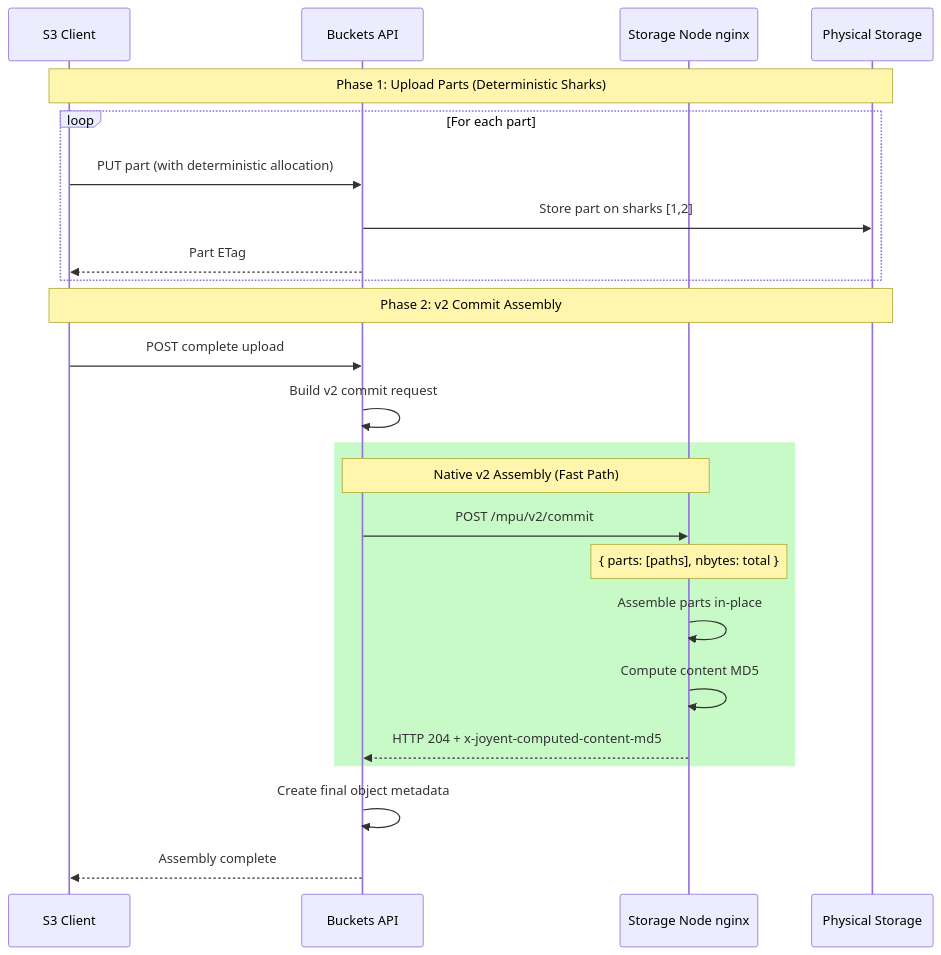
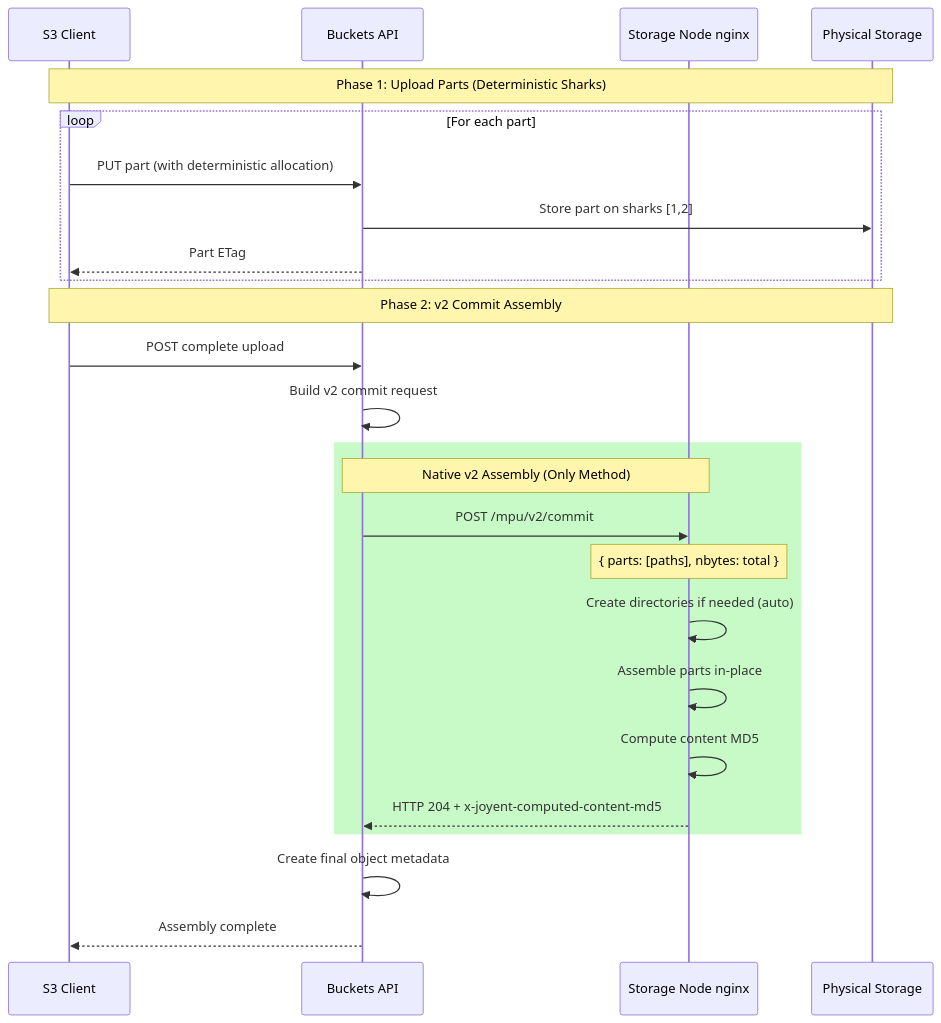
Before and after one commit to TritonDataCenter/manta-buckets-api: the fifth of 8 diagrams in docs/mpu.md, drawn with Mermaid. The commit also changed other lines of this file and 1 other file, not shown here.

Commit message:
only do v2 commit assembly on mpu, remove fallback

````diff
--- a/docs/mpu.md
+++ b/docs/mpu.md
@@ -321,30 +323,31 @@
 ```mermaid
 sequenceDiagram
     participant Client as S3 Client
     participant API as Buckets API
     participant NGINX as Storage Node nginx
     participant STORAGE as Physical Storage
     
     Note over Client,STORAGE: Phase 1: Upload Parts (Deterministic Sharks)
     loop For each part
         Client->>API: PUT part (with deterministic allocation)
         API->>STORAGE: Store part on sharks [1,2]
         API-->>Client: Part ETag
     end
     
     Note over Client,STORAGE: Phase 2: v2 Commit Assembly
     Client->>API: POST complete upload
     API->>API: Build v2 commit request
     
     rect rgb(200,250,200)
-        Note over API,NGINX: Native v2 Assembly (Fast Path)
+        Note over API,NGINX: Native v2 Assembly (Only Method)
         API->>NGINX: POST /mpu/v2/commit
         Note over NGINX: { parts: [paths], nbytes: total }
+        NGINX->>NGINX: Create directories if needed (auto)
         NGINX->>NGINX: Assemble parts in-place
         NGINX->>NGINX: Compute content MD5
         NGINX-->>API: HTTP 204 + x-joyent-computed-content-md5
     end
     
     API->>API: Create final object metadata
     API-->>Client: Assembly complete
 ```
````
